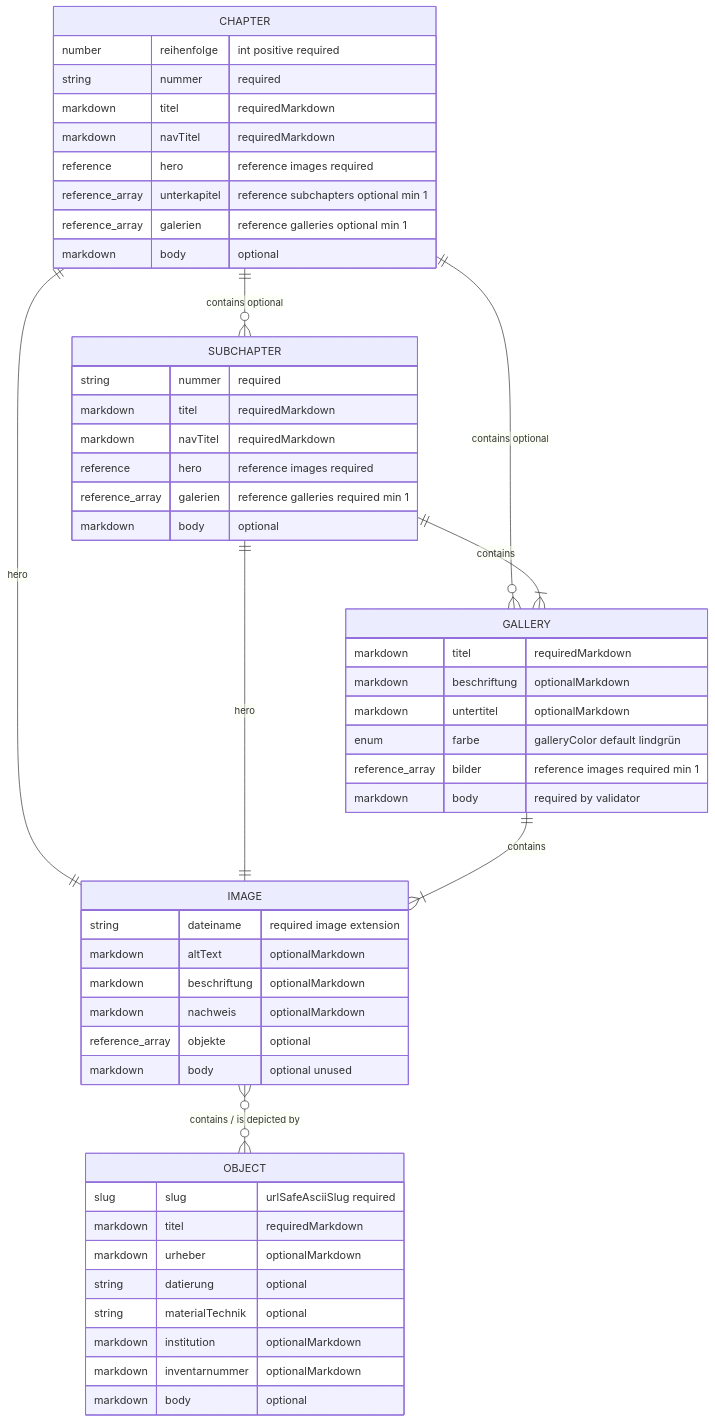
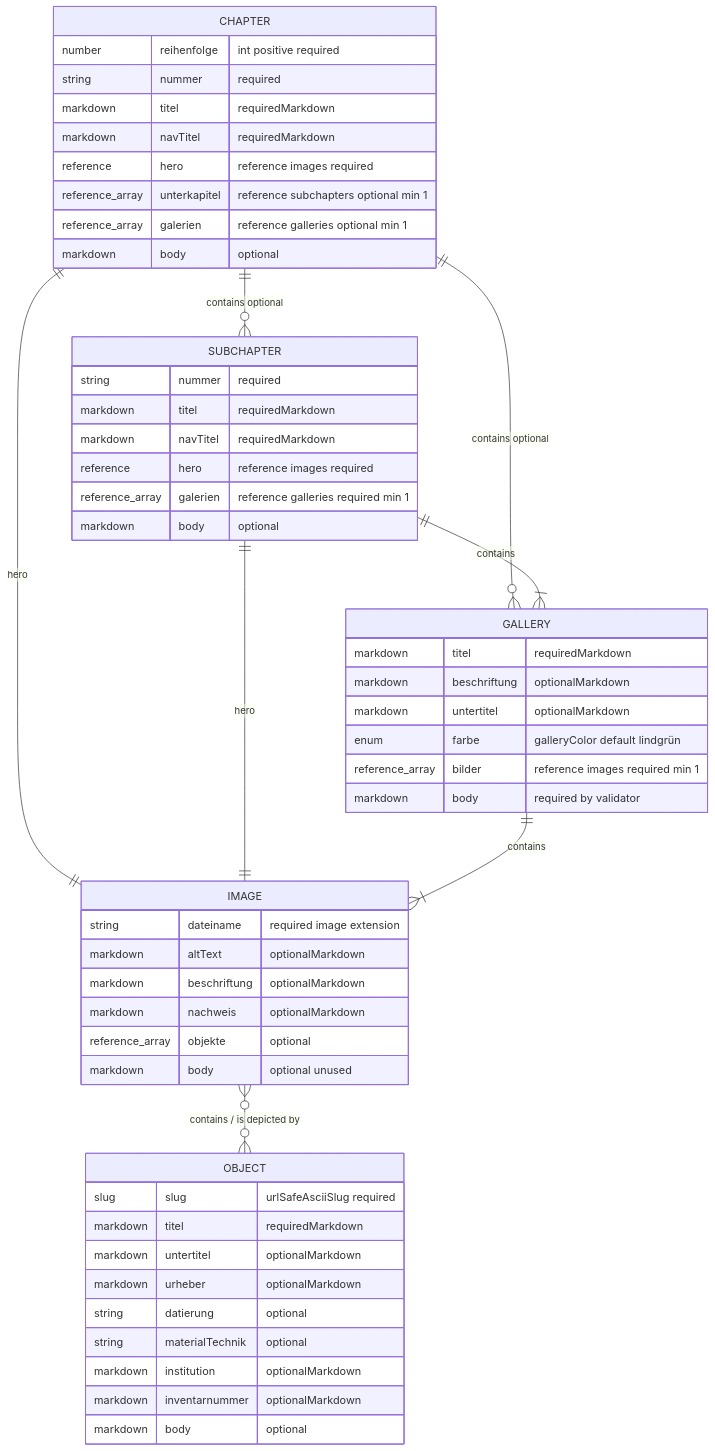
The diagram in docs/content-model.md (Theodor-Springmann-Stiftung/hebel-ausstellung), drawn with Mermaid before and after one commit. The commit also changed other lines of this file and 26 other files, not shown here.

````diff
--- a/docs/content-model.md
+++ b/docs/content-model.md
@@ -258,59 +259,60 @@
 ```mermaid
 erDiagram
   CHAPTER ||--o{ SUBCHAPTER : "contains optional"
   CHAPTER ||--o{ GALLERY : "contains optional"
   CHAPTER ||--|| IMAGE : "hero"
   SUBCHAPTER ||--|{ GALLERY : "contains"
   SUBCHAPTER ||--|| IMAGE : "hero"
   GALLERY ||--|{ IMAGE : "contains"
   IMAGE }o--o{ OBJECT : "contains / is depicted by"
 
   CHAPTER {
     number reihenfolge "int positive required"
     string nummer "required"
     markdown titel "requiredMarkdown"
     markdown navTitel "requiredMarkdown"
     reference hero "reference images required"
     reference_array unterkapitel "reference subchapters optional min 1"
     reference_array galerien "reference galleries optional min 1"
     markdown body "optional"
   }
 
   SUBCHAPTER {
     string nummer "required"
     markdown titel "requiredMarkdown"
     markdown navTitel "requiredMarkdown"
     reference hero "reference images required"
     reference_array galerien "reference galleries required min 1"
     markdown body "optional"
   }
 
   GALLERY {
     markdown titel "requiredMarkdown"
     markdown beschriftung "optionalMarkdown"
     markdown untertitel "optionalMarkdown"
     enum farbe "galleryColor default lindgrün"
     reference_array bilder "reference images required min 1"
     markdown body "required by validator"
   }
 
   IMAGE {
     string dateiname "required image extension"
     markdown altText "optionalMarkdown"
     markdown beschriftung "optionalMarkdown"
     markdown nachweis "optionalMarkdown"
     reference_array objekte "optional"
     markdown body "optional unused"
   }
 
   OBJECT {
     slug slug "urlSafeAsciiSlug required"
     markdown titel "requiredMarkdown"
+    markdown untertitel "optionalMarkdown"
     markdown urheber "optionalMarkdown"
     string datierung "optional"
     string materialTechnik "optional"
     markdown institution "optionalMarkdown"
     markdown inventarnummer "optionalMarkdown"
     markdown body "optional"
   }
 ```
````
